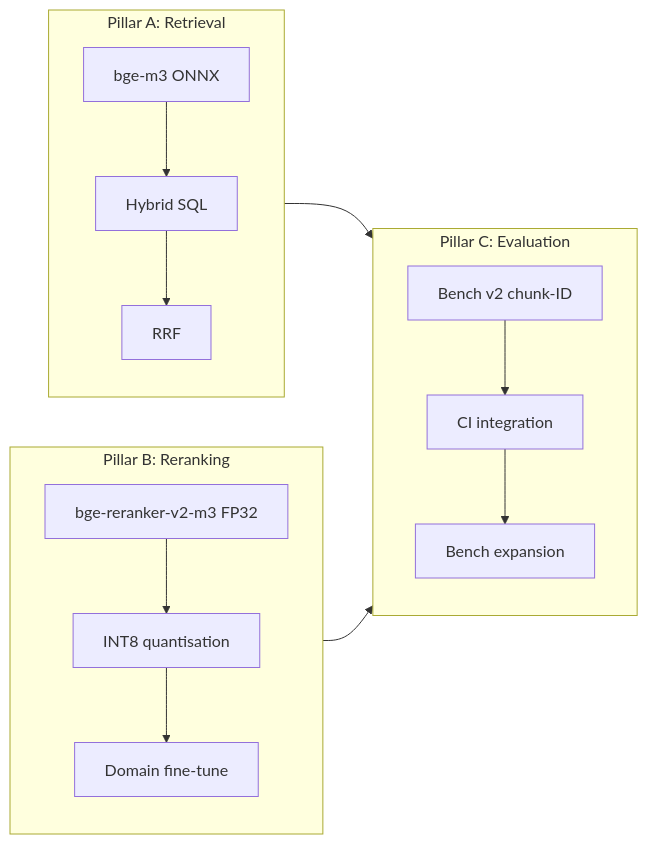
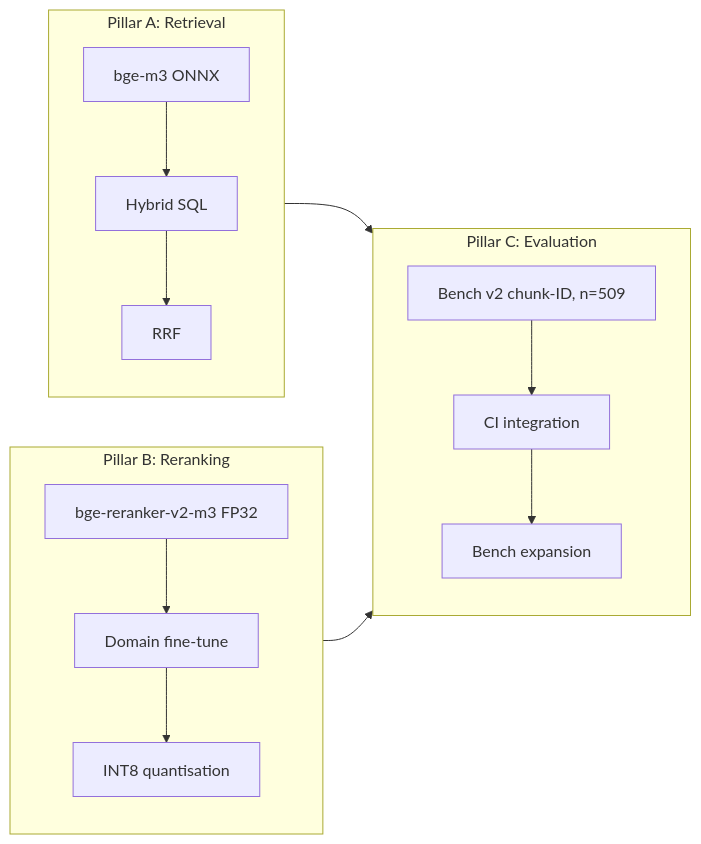
One commit to ioplane/nutanix-mcp changed the diagram in docs/en/training-rag.md. Above: the diagram before and after it, drawn with Mermaid. The commit also changed other lines of this file and 3 other files, not shown here.

````diff
--- a/docs/en/training-rag.md
+++ b/docs/en/training-rag.md
@@ -10,17 +10,17 @@
 ```mermaid
 flowchart LR
   subgraph A[Pillar A: Retrieval]
     direction TB
     aE[bge-m3 ONNX] --> aS[Hybrid SQL] --> aR[RRF]
   end
   subgraph B[Pillar B: Reranking]
     direction TB
-    bV2[bge-reranker-v2-m3 FP32] --> bI8[INT8 quantisation] --> bFT[Domain fine-tune]
+    bV2[bge-reranker-v2-m3 FP32] --> bFT[Domain fine-tune] --> bI8[INT8 quantisation]
   end
   subgraph C[Pillar C: Evaluation]
     direction TB
-    cBench[Bench v2 chunk-ID] --> cCI[CI integration] --> cExp[Bench expansion]
+    cBench[Bench v2 chunk-ID, n=509] --> cCI[CI integration] --> cExp[Bench expansion]
   end
   A --> C
   B --> C
 ```
````
